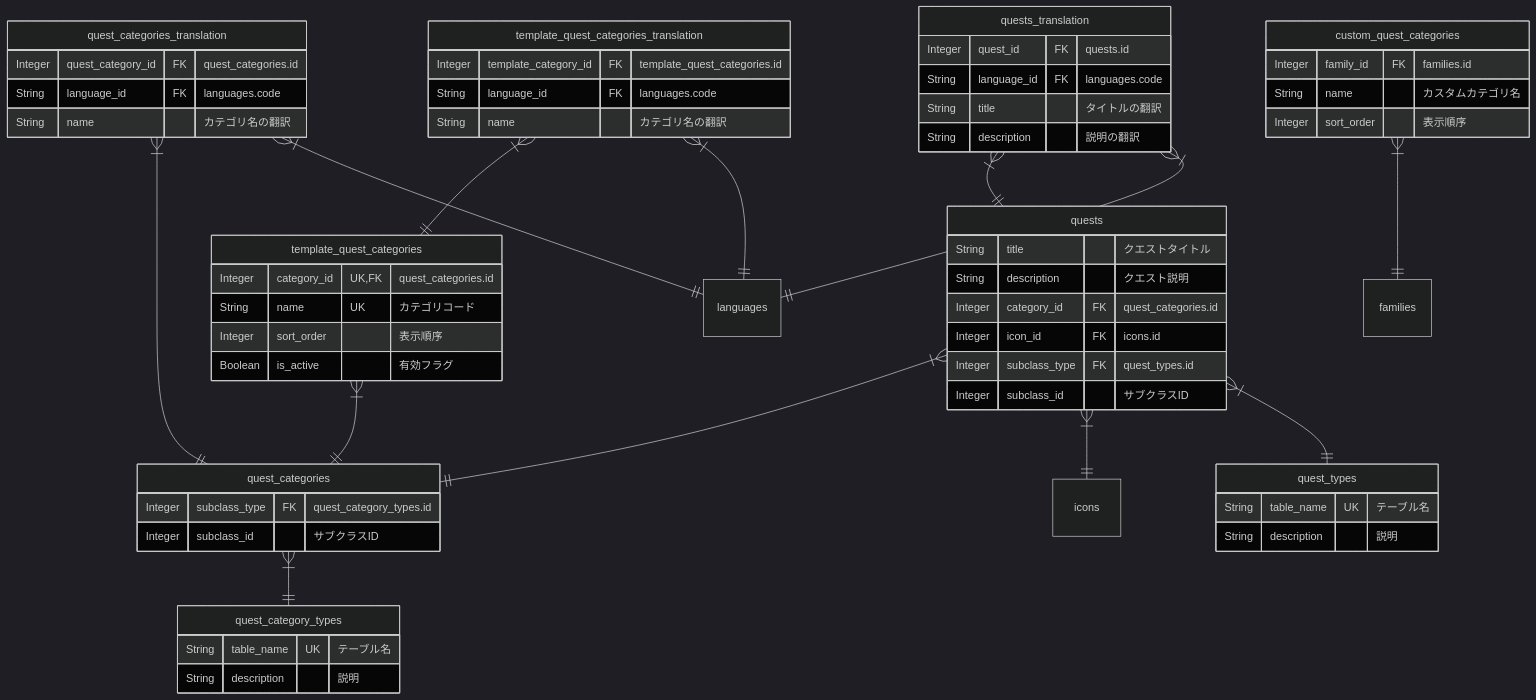
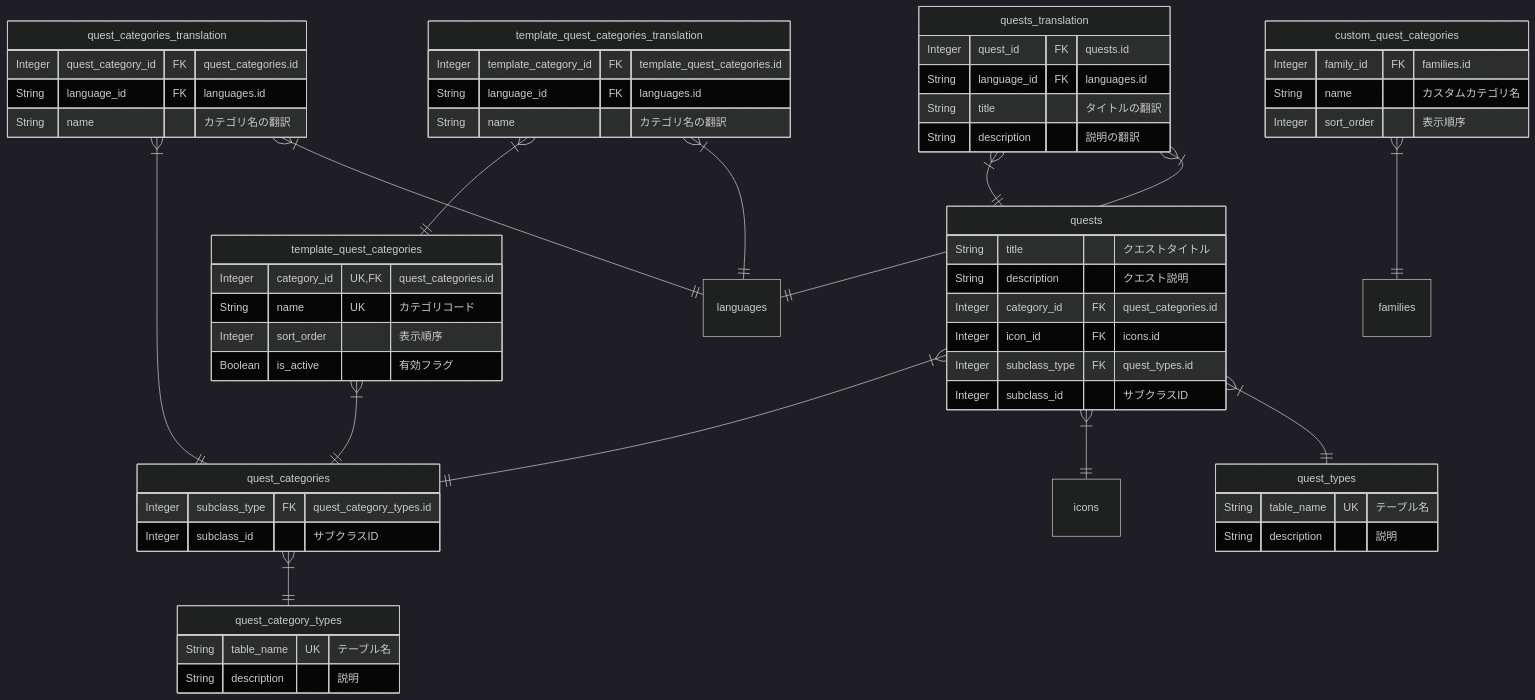
Before and after one commit to shuhei1101/allowance-questboard: diagram 11 of 17 in apps/api/docs/ja/uml/erd.md, drawn with Mermaid (dark theme). The commit also changed other lines of this file and 20 other files, not shown here.

````diff
--- a/apps/api/docs/ja/uml/erd.md
+++ b/apps/api/docs/ja/uml/erd.md
@@ -377,73 +377,73 @@
 ```mermaid
 %% quest/definition
 erDiagram
     quests {
         String title "クエストタイトル"
         String description "クエスト説明"
         Integer category_id FK "quest_categories.id"
         Integer icon_id FK "icons.id"
         Integer subclass_type FK "quest_types.id"
         Integer subclass_id "サブクラスID"
     }
 
     quests_translation {
         Integer quest_id FK "quests.id"
-        String language_id FK "languages.code"
+        String language_id FK "languages.id"
         String title "タイトルの翻訳"
         String description "説明の翻訳"
     }
 
     quest_categories {
         Integer subclass_type FK "quest_category_types.id"
         Integer subclass_id "サブクラスID"
     }
 
     quest_categories_translation {
         Integer quest_category_id FK "quest_categories.id"
-        String language_id FK "languages.code"
+        String language_id FK "languages.id"
         String name "カテゴリ名の翻訳"
     }
 
     quest_category_types {
         String table_name UK "テーブル名"
         String description "説明"
     }
 
     quest_types {
         String table_name UK "テーブル名"
         String description "説明"
     }
 
     template_quest_categories {
         Integer category_id UK,FK "quest_categories.id"
         String name UK "カテゴリコード"
         Integer sort_order "表示順序"
         Boolean is_active "有効フラグ"
     }
 
     template_quest_categories_translation {
         Integer template_category_id FK "template_quest_categories.id"
-        String language_id FK "languages.code"
+        String language_id FK "languages.id"
         String name "カテゴリ名の翻訳"
     }
 
     custom_quest_categories {
         Integer family_id FK "families.id"
         String name "カスタムカテゴリ名"
         Integer sort_order "表示順序"
     }
 
     %% Relationships
     quests }|--|| quest_categories: ""
     quests }|--|| icons: ""
     quests }|--|| quest_types: ""
     quests_translation }|--|| quests: ""
     quests_translation }|--|| languages: ""
     quest_categories }|--|| quest_category_types: ""
     quest_categories_translation }|--|| quest_categories: ""
     quest_categories_translation }|--|| languages: ""
     template_quest_categories }|--|| quest_categories: ""
     template_quest_categories_translation }|--|| template_quest_categories: ""
     template_quest_categories_translation }|--|| languages: ""
     custom_quest_categories }|--|| families: ""
 ```
````
